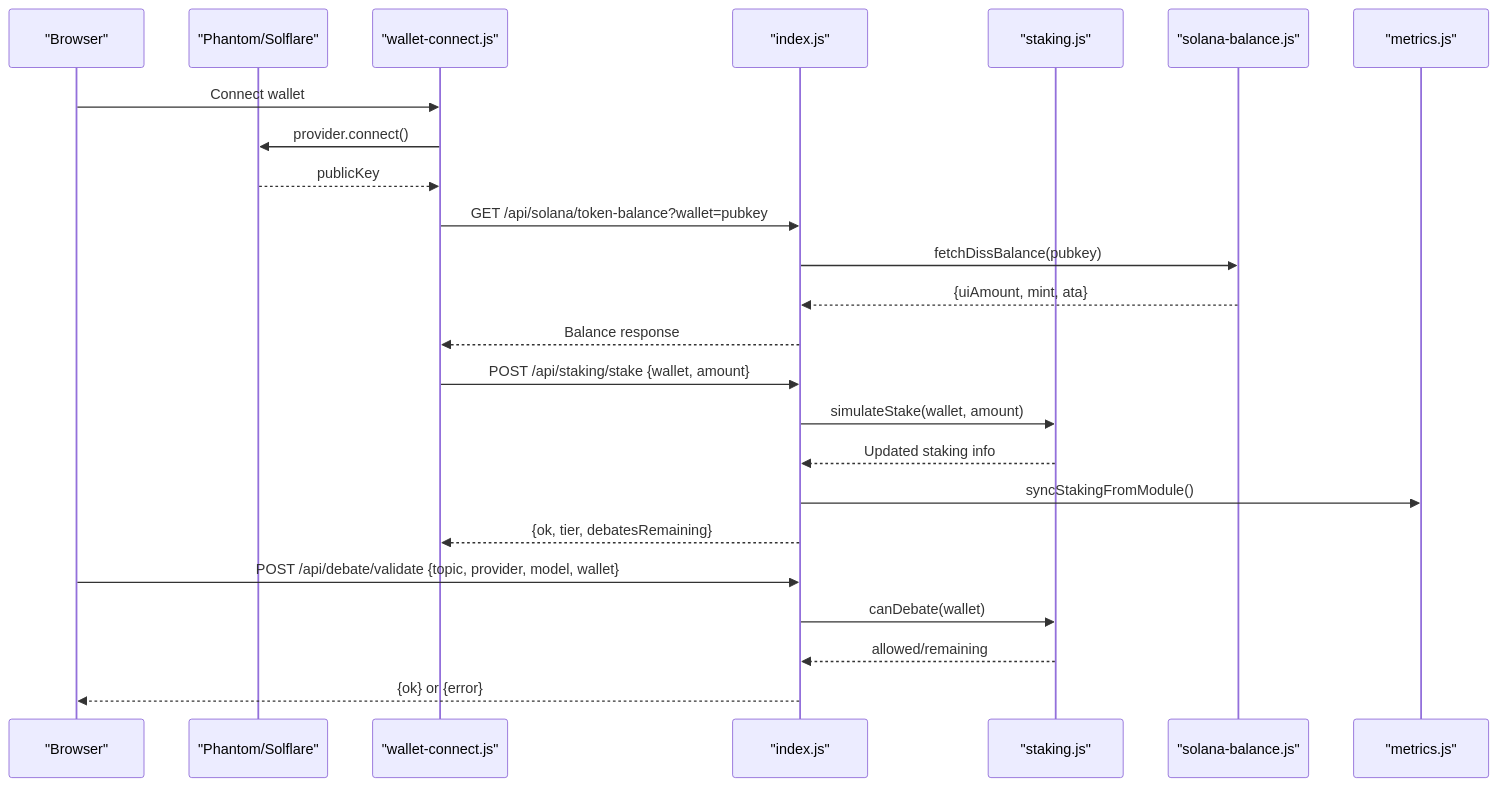
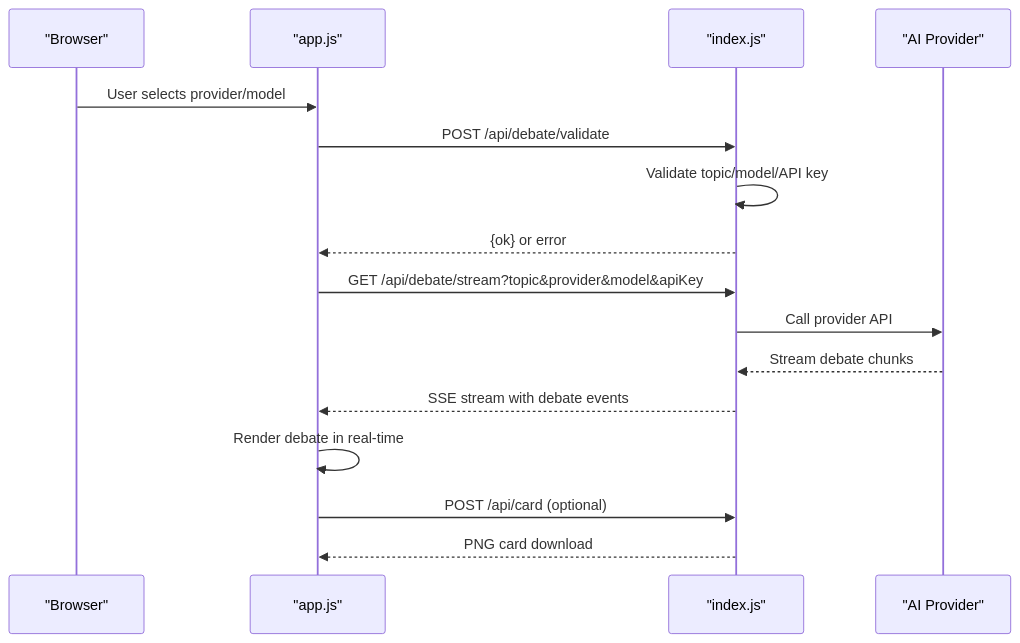
The second of 6 diagrams in .qoder/repowiki/en/content/Staking & Access Control System/Staking & Access Control System.md (RunTimeAdmin/tri-ai), drawn with Mermaid before and after one commit. The commit also changed other lines of this file and 46 other files, not shown here.

Commit message:
Harden API security, add debate persistence, clean up repo

````diff
--- a/.qoder/repowiki/en/content/Staking & Access Control System/Staking & Access Control System.md
+++ b/.qoder/repowiki/en/content/Staking & Access Control System/Staking & Access Control System.md
@@ -88,26 +85,18 @@
 ```mermaid
 sequenceDiagram
 participant Client as "Browser"
-participant Wallet as "Phantom/Solflare"
-participant FE as "wallet-connect.js"
+participant FE as "app.js"
 participant BE as "index.js"
-participant Stake as "staking.js"
-participant Sol as "solana-balance.js"
-participant Met as "metrics.js"
-Client->>FE : Connect wallet
-FE->>Wallet : provider.connect()
-Wallet-->>FE : publicKey
-FE->>BE : GET /api/solana/token-balance?wallet=pubkey
-BE->>Sol : fetchDissBalance(pubkey)
-Sol-->>BE : {uiAmount, mint, ata}
-BE-->>FE : Balance response
-FE->>BE : POST /api/staking/stake {wallet, amount}
-BE->>Stake : simulateStake(wallet, amount)
-Stake-->>BE : Updated staking info
-BE->>Met : syncStakingFromModule()
-BE-->>FE : {ok, tier, debatesRemaining}
-Client->>BE : POST /api/debate/validate {topic, provider, model, wallet}
-BE->>Stake : canDebate(wallet)
-Stake-->>BE : allowed/remaining
-BE-->>Client : {ok} or {error}
+participant Provider as "AI Provider"
+Client->>FE : User selects provider/model
+FE->>BE : POST /api/debate/validate
+BE->>BE : Validate topic/model/API key
+BE-->>FE : {ok} or error
+FE->>BE : GET /api/debate/stream?topic&provider&model&apiKey
+BE->>Provider : Call provider API
+Provider-->>BE : Stream debate chunks
+BE-->>FE : SSE stream with debate events
+FE->>FE : Render debate in real-time
+FE->>BE : POST /api/card (optional)
+BE-->>FE : PNG card download
 ```
````
